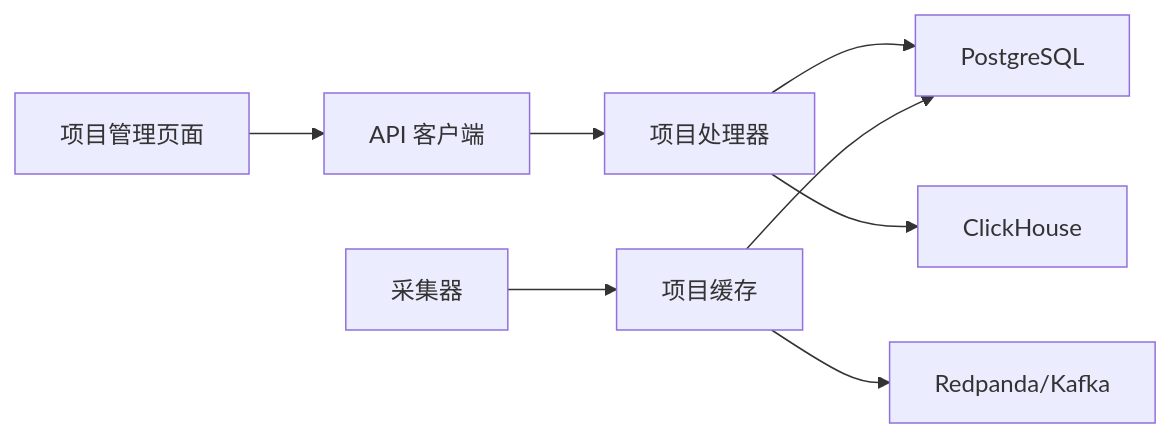
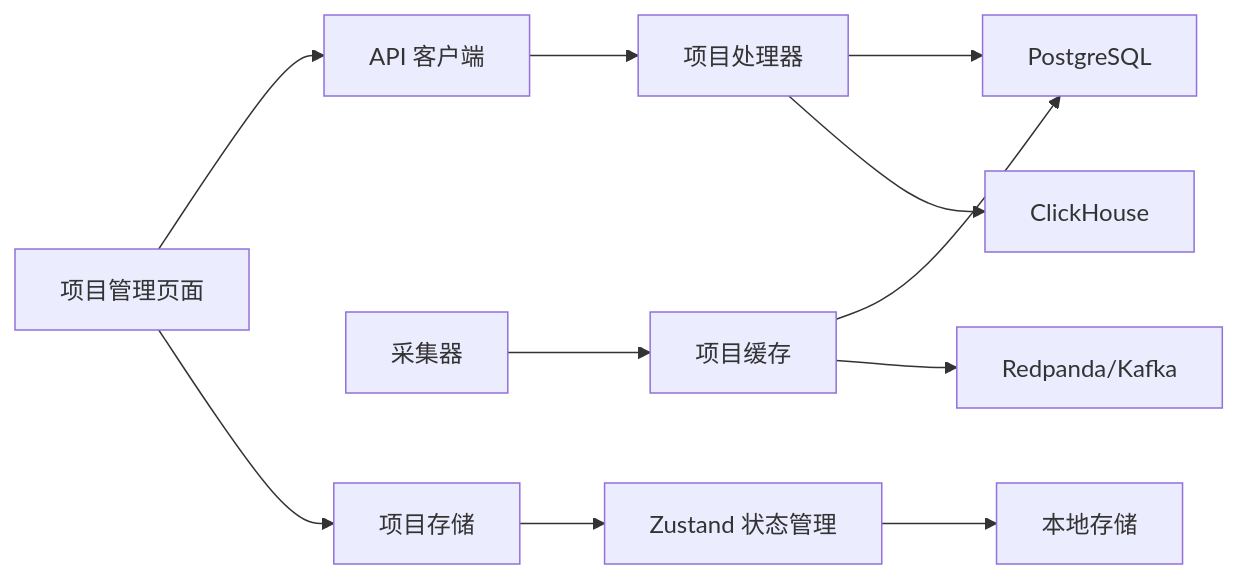
Before and after one commit to zhen-zhong/AeroLog: the ninth of 9 diagrams in .qoder/repowiki/zh/content/Web控制台/项目管理功能.md, drawn with Mermaid. The commit also changed other lines of this file and 72 other files, not shown here.

````diff
--- a/.qoder/repowiki/zh/content/Web控制台/项目管理功能.md
+++ b/.qoder/repowiki/zh/content/Web控制台/项目管理功能.md
@@ -352,10 +458,13 @@
 ```mermaid
 graph LR
 UI["项目管理页面"] --> API["API 客户端"]
 API --> Handler["项目处理器"]
 Handler --> PG["PostgreSQL"]
 Handler --> CH["ClickHouse"]
 Collector["采集器"] --> Cache["项目缓存"]
 Cache --> PG
 Cache --> RP["Redpanda/Kafka"]
+UI --> Store["项目存储"]
+Store --> Zustand["Zustand 状态管理"]
+Zustand --> LocalStorage["本地存储"]
 ```
````
